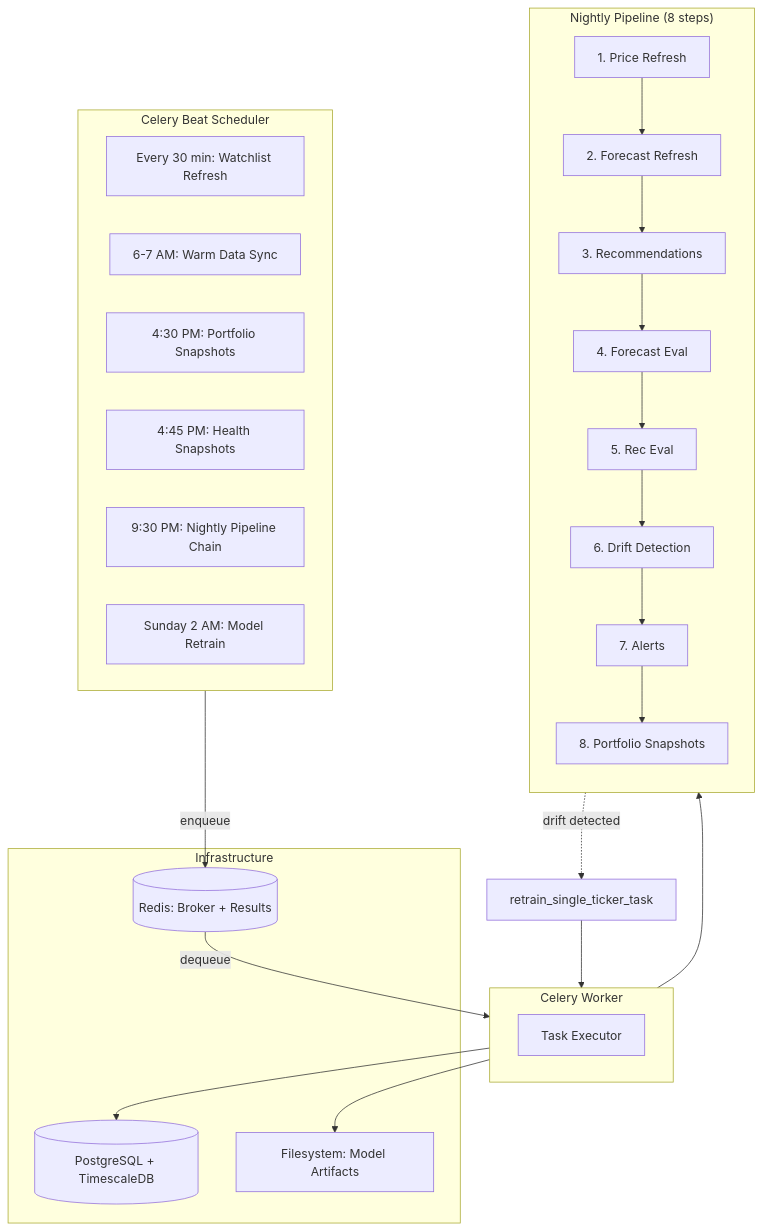
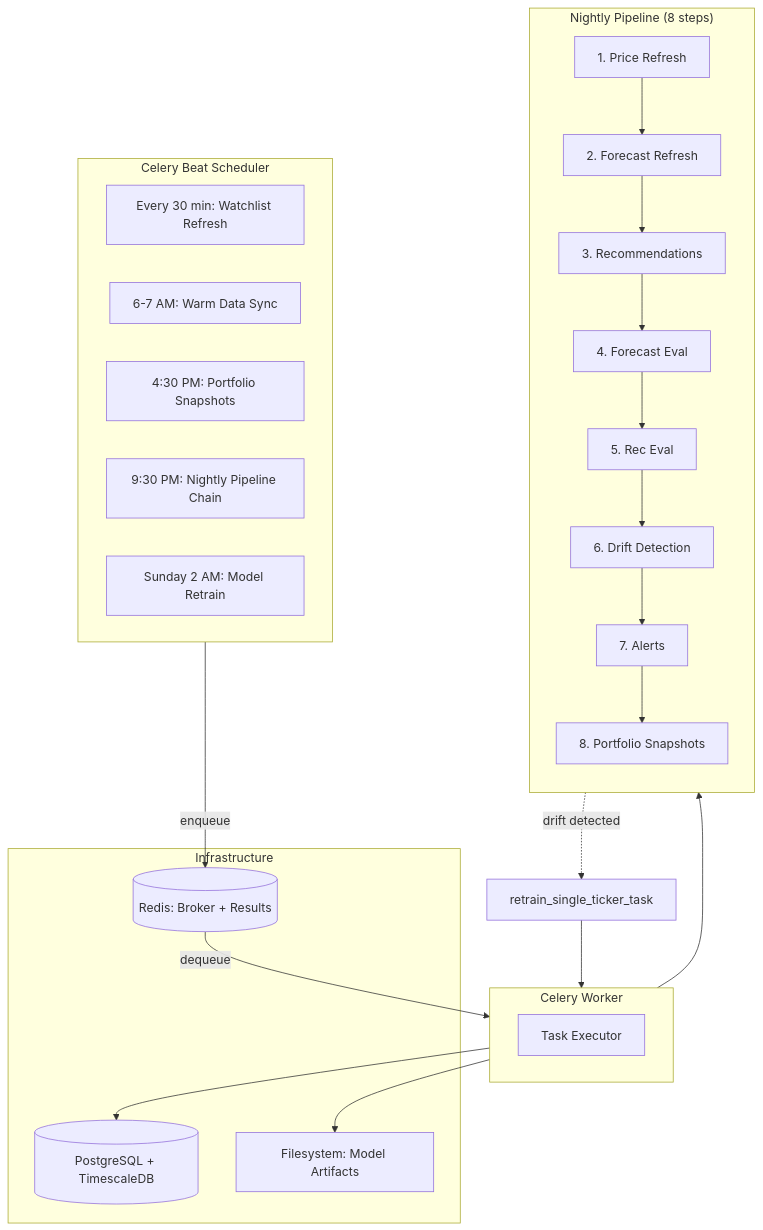
One commit to vipulbhatia29/stock-signal-platform changed the fourth of 7 diagrams in docs/TDD.md. Above: the diagram before and after it, drawn with Mermaid. The commit also changed other lines of this file and 3 other files, not shown here.

````diff
--- a/docs/TDD.md
+++ b/docs/TDD.md
@@ -1073,40 +792,39 @@
 ```mermaid
 flowchart TB
     subgraph Beat["Celery Beat Scheduler"]
         B1["Every 30 min: Watchlist Refresh"]
         B2["6-7 AM: Warm Data Sync"]
         B3["4:30 PM: Portfolio Snapshots"]
-        B3a["4:45 PM: Health Snapshots"]
         B4["9:30 PM: Nightly Pipeline Chain"]
         B5["Sunday 2 AM: Model Retrain"]
     end
 
     subgraph Worker["Celery Worker"]
         W["Task Executor"]
     end
 
     subgraph Chain["Nightly Pipeline (8 steps)"]
         direction TB
         S1["1. Price Refresh"] --> S2["2. Forecast Refresh"]
         S2 --> S3["3. Recommendations"]
         S3 --> S4["4. Forecast Eval"]
         S4 --> S5["5. Rec Eval"]
         S5 --> S6["6. Drift Detection"]
         S6 --> S7["7. Alerts"]
         S7 --> S8["8. Portfolio Snapshots"]
     end
 
     subgraph Infra["Infrastructure"]
         Redis[("Redis: Broker + Results")]
         PG[("PostgreSQL + TimescaleDB")]
         FS["Filesystem: Model Artifacts"]
     end
 
     Beat -->|enqueue| Redis
     Redis -->|dequeue| Worker
     Worker --> Chain
     Worker --> PG
     Worker --> FS
     S6 -.->|"drift detected"| RT["retrain_single_ticker_task"]
     RT --> Worker
 ```
````
